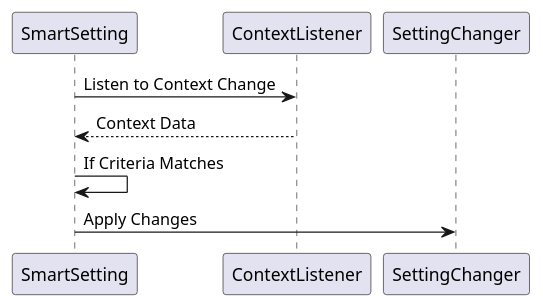
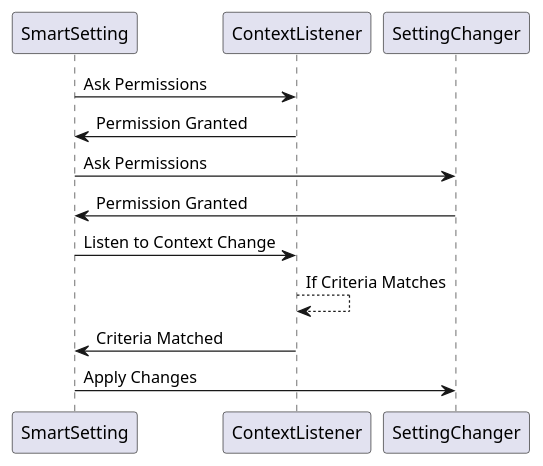
The diagram in MDD/sequence_diagram.puml (praslnx8/SmartSettings), drawn with PlantUML before and after one commit. The commit also changed 37 other files, not shown here.

Commit message:
Code cleanup. Architecture change.

```diff
--- a/MDD/sequence_diagram.puml
+++ b/MDD/sequence_diagram.puml
@@ -1,8 +1,12 @@
 @startuml
 
+SmartSetting -> ContextListener : Ask Permissions
+ContextListener -> SmartSetting : Permission Granted
+SmartSetting -> SettingChanger : Ask Permissions
+SettingChanger -> SmartSetting : Permission Granted
 SmartSetting -> ContextListener : Listen to Context Change
-ContextListener --> SmartSetting : Context Data
-SmartSetting -> SmartSetting : If Criteria Matches
+ContextListener --> ContextListener : If Criteria Matches
+ContextListener -> SmartSetting : Criteria Matched
 SmartSetting -> SettingChanger : Apply Changes
 
 @enduml
```
